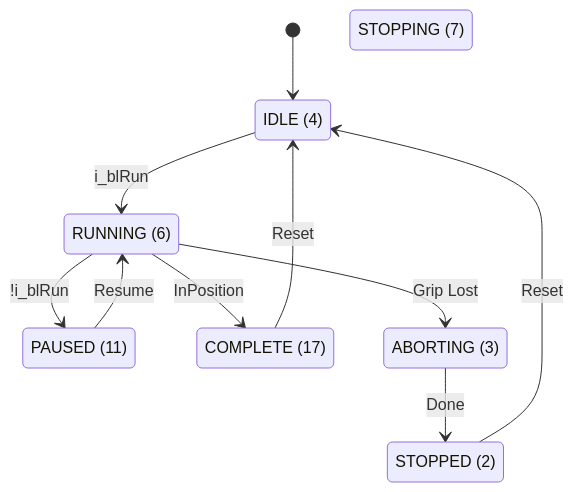
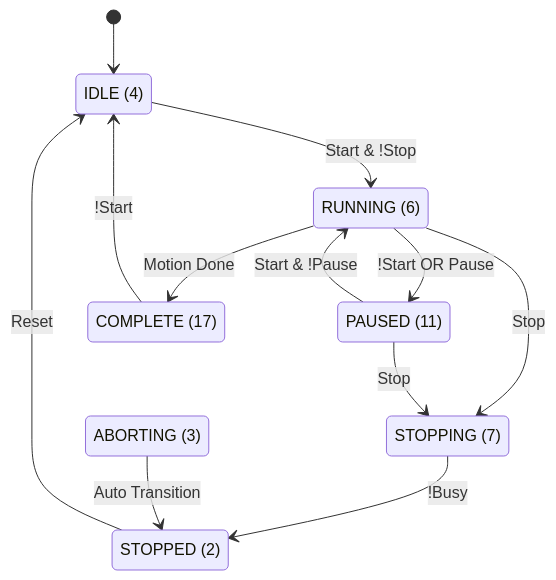
Before and after one commit to DaanGr/DIT7-Wafer-Aligner: the sixth of 6 diagrams in Digital Twin/Wafer Aligner.md, drawn with Mermaid. The commit also changed other lines of this file and 2 other files, not shown here.

````diff
--- a/Digital Twin/Wafer Aligner.md
+++ b/Digital Twin/Wafer Aligner.md
@@ -378,21 +385,27 @@
 ```mermaid
 stateDiagram-v2
     [*] --> IDLE
     state "IDLE (4)" as IDLE
     state "RUNNING (6)" as RUNNING
     state "PAUSED (11)" as PAUSED
     state "STOPPING (7)" as STOPPING
     state "COMPLETE (17)" as COMPLETE
     state "STOPPED (2)" as STOPPED
     state "ABORTING (3)" as ABORTING
 
-    IDLE --> RUNNING : i_blRun
-    RUNNING --> COMPLETE : InPosition
-    RUNNING --> PAUSED : !i_blRun
-    RUNNING --> ABORTING : Grip Lost
+    IDLE --> RUNNING : Start & !Stop
     
-    PAUSED --> RUNNING : Resume
-    COMPLETE --> IDLE : Reset
-    ABORTING --> STOPPED : Done
+    RUNNING --> PAUSED : !Start OR Pause
+    RUNNING --> COMPLETE : Motion Done
+    RUNNING --> STOPPING : Stop
+    
+    STOPPING --> STOPPED : !Busy
+    
+    PAUSED --> RUNNING : Start & !Pause
+    PAUSED --> STOPPING : Stop
+    
+    COMPLETE --> IDLE : !Start
+    
+    ABORTING --> STOPPED : Auto Transition
     STOPPED --> IDLE : Reset
 ```
````
